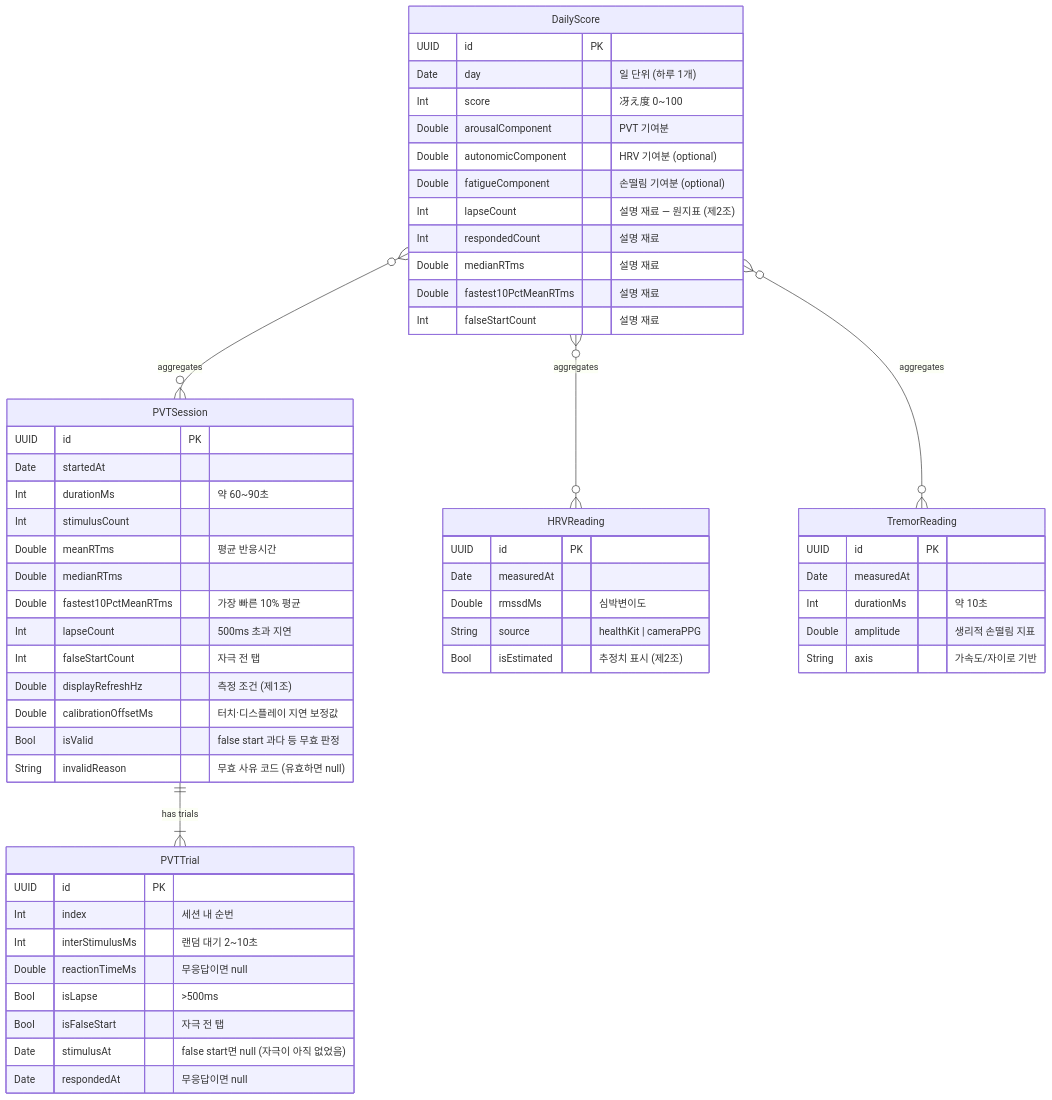
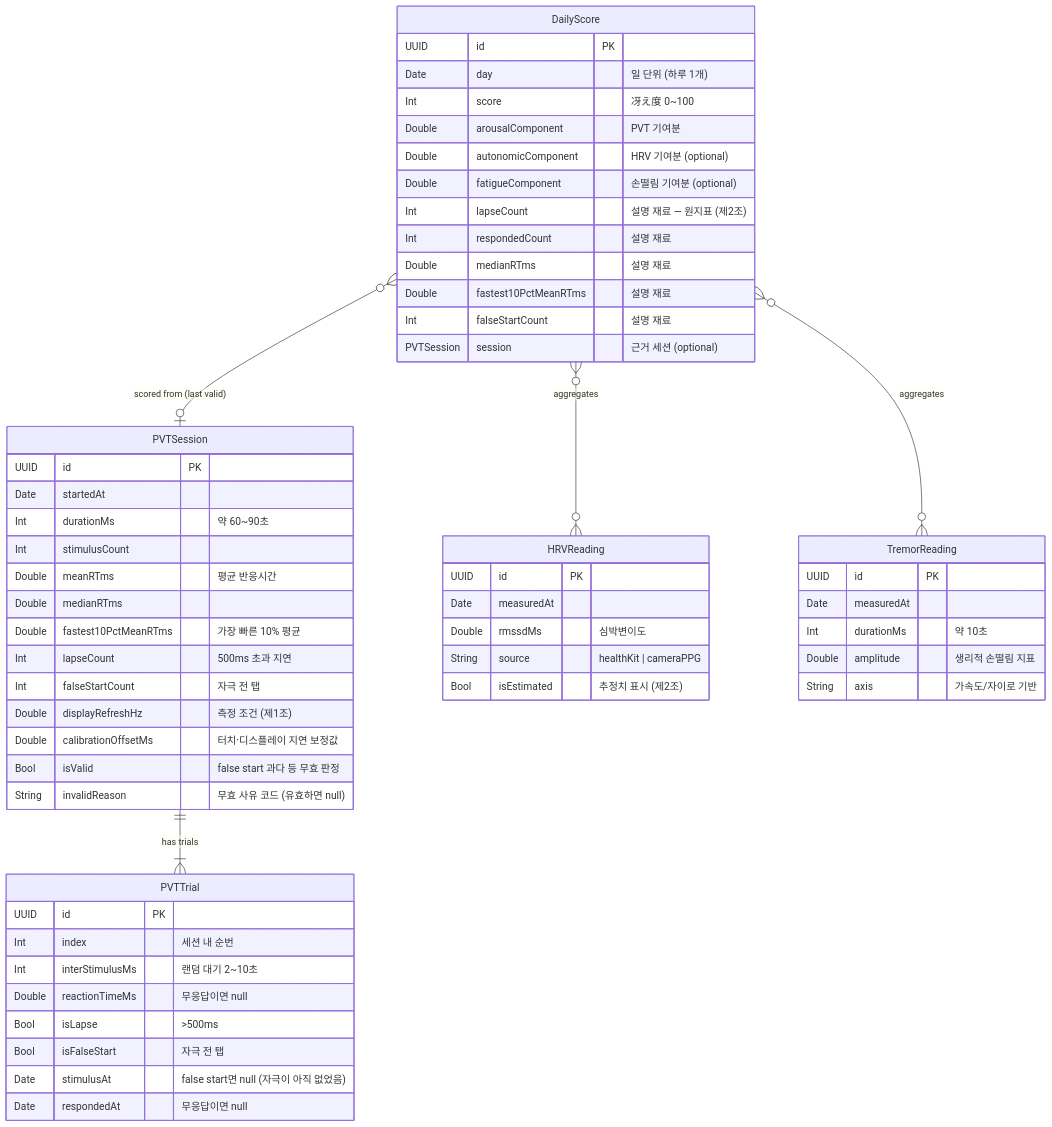
Before and after one commit to 2daKaizen-gun/sae: the diagram in docs/data-model.md, drawn with Mermaid. The commit also changed other lines of this file and 2 other files, not shown here.

````diff
--- a/docs/data-model.md
+++ b/docs/data-model.md
@@ -22,64 +22,65 @@
 ```mermaid
 erDiagram
     PVTSession ||--|{ PVTTrial : "has trials"
-    DailyScore }o--o{ PVTSession : "aggregates"
+    DailyScore }o--o| PVTSession : "scored from (last valid)"
     DailyScore }o--o{ HRVReading : "aggregates"
     DailyScore }o--o{ TremorReading : "aggregates"
 
     PVTSession {
         UUID id PK
         Date startedAt
         Int durationMs "약 60~90초"
         Int stimulusCount
         Double meanRTms "평균 반응시간"
         Double medianRTms
         Double fastest10PctMeanRTms "가장 빠른 10% 평균"
         Int lapseCount "500ms 초과 지연"
         Int falseStartCount "자극 전 탭"
         Double displayRefreshHz "측정 조건 (제1조)"
         Double calibrationOffsetMs "터치·디스플레이 지연 보정값"
         Bool isValid "false start 과다 등 무효 판정"
         String invalidReason "무효 사유 코드 (유효하면 null)"
     }
 
     PVTTrial {
         UUID id PK
         Int index "세션 내 순번"
         Int interStimulusMs "랜덤 대기 2~10초"
         Double reactionTimeMs "무응답이면 null"
         Bool isLapse ">500ms"
         Bool isFalseStart "자극 전 탭"
         Date stimulusAt "false start면 null (자극이 아직 없었음)"
         Date respondedAt "무응답이면 null"
     }
 
     HRVReading {
         UUID id PK
         Date measuredAt
         Double rmssdMs "심박변이도"
         String source "healthKit | cameraPPG"
         Bool isEstimated "추정치 표시 (제2조)"
     }
 
     TremorReading {
         UUID id PK
         Date measuredAt
         Int durationMs "약 10초"
         Double amplitude "생리적 손떨림 지표"
         String axis "가속도/자이로 기반"
     }
 
     DailyScore {
         UUID id PK
         Date day "일 단위 (하루 1개)"
         Int score "冴え度 0~100"
         Double arousalComponent "PVT 기여분"
         Double autonomicComponent "HRV 기여분 (optional)"
         Double fatigueComponent "손떨림 기여분 (optional)"
         Int lapseCount "설명 재료 — 원지표 (제2조)"
         Int respondedCount "설명 재료"
         Double medianRTms "설명 재료"
         Double fastest10PctMeanRTms "설명 재료"
         Int falseStartCount "설명 재료"
+        PVTSession session "근거 세션 (optional)"
     }
 ```
````
